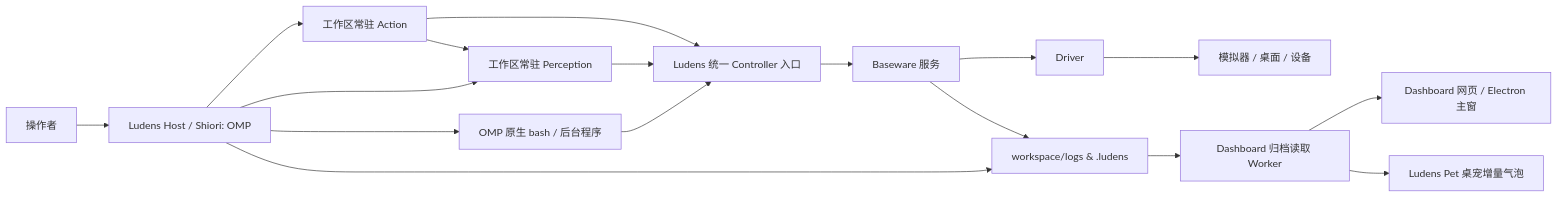
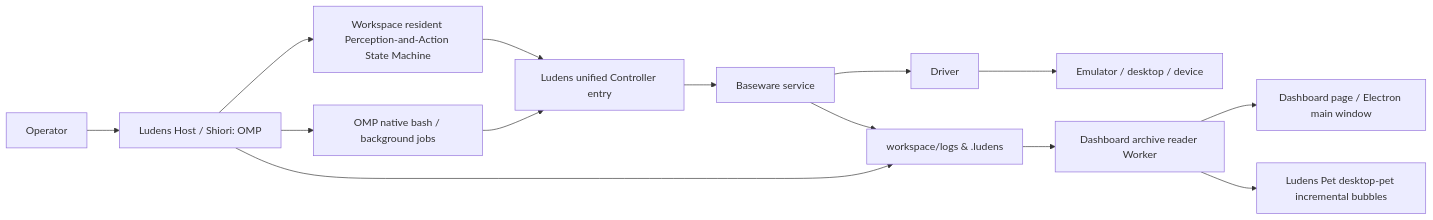
Before and after one commit to Arkevo-Lab/Ludens: the diagram in docs/zh/reference/architecture.md, drawn with Mermaid. The commit also changed other lines of this file and 35 other files, not shown here.

````diff
--- a/docs/zh/reference/architecture.md
+++ b/docs/zh/reference/architecture.md
@@ -15,19 +15,16 @@
 ```mermaid
 flowchart LR
-    O[操作者] --> H[Ludens Host / Shiori: OMP]
-    H --> P[工作区常驻 Perception]
-    H --> X[工作区常驻 Action]
-    H --> S[OMP 原生 bash / 后台程序]
-    S --> C[Ludens 统一 Controller 入口]
+    O[Operator] --> H[Ludens Host / Shiori: OMP]
+    H --> P[Workspace resident Perception-and-Action State Machine]
+    H --> S[OMP native bash / background jobs]
+    S --> C[Ludens unified Controller entry]
     P --> C
-    X --> C
-    X --> P
-    C --> B[Baseware 服务]
+    C --> B[Baseware service]
     B --> D[Driver]
-    D --> E[模拟器 / 桌面 / 设备]
+    D --> E[Emulator / desktop / device]
     H --> L[workspace/logs & .ludens]
     B --> L
-    L --> R[Dashboard 归档读取 Worker]
-    R --> V[Dashboard 网页 / Electron 主窗]
-    R --> A[Ludens Pet 桌宠增量气泡]
+    L --> R[Dashboard archive reader Worker]
+    R --> V[Dashboard page / Electron main window]
+    R --> A[Ludens Pet desktop-pet incremental bubbles]
 ```
````
